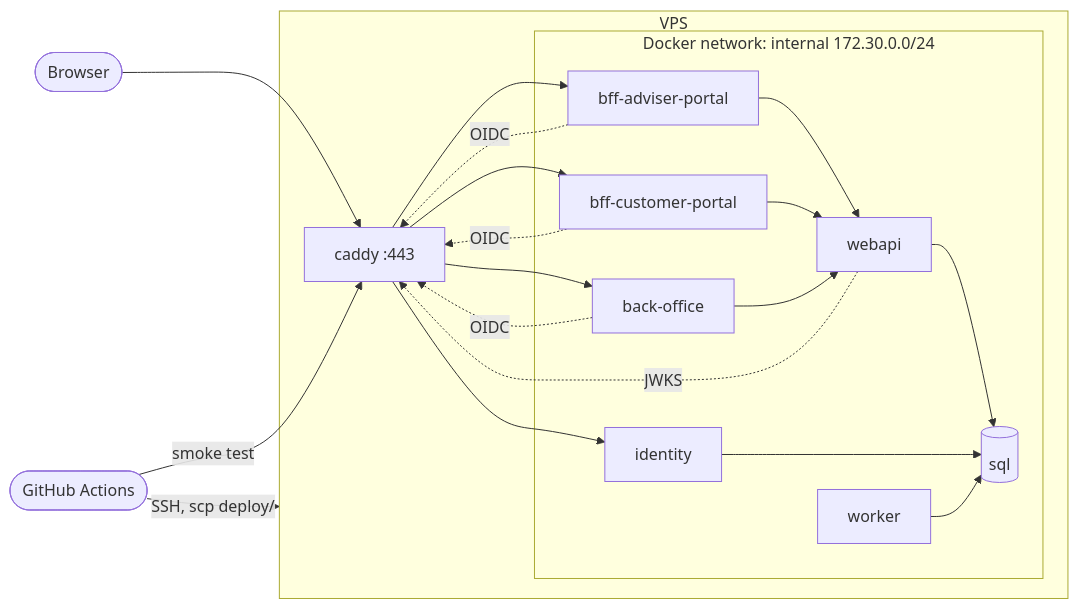
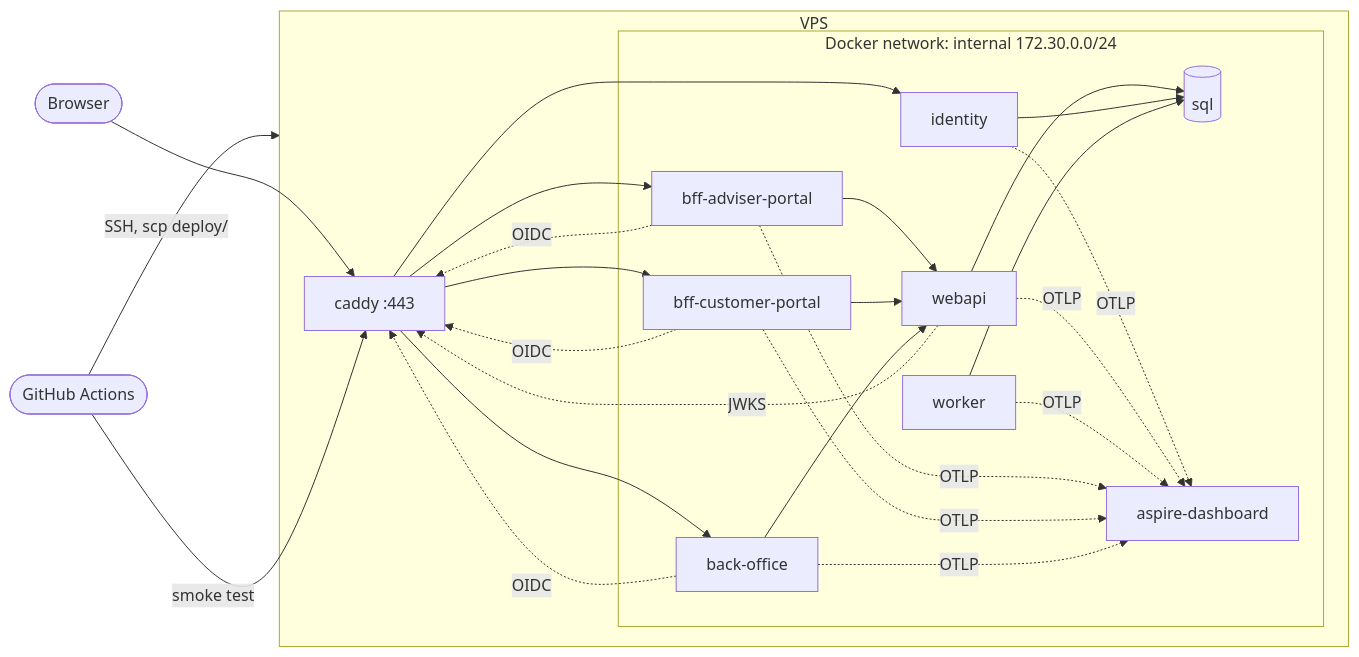
Before and after one commit to louis297/MyWealthV2: the diagram in docs/deployment.md, drawn with Mermaid. The commit also changed other lines of this file and 1 other file, not shown here.

Commit message:
Add the telemetry dashboard to the deployment design

````diff
--- a/docs/deployment.md
+++ b/docs/deployment.md
@@ -85,25 +89,27 @@
 ```mermaid
 flowchart LR
     browser([Browser])
     gha([GitHub Actions])
     subgraph vps[VPS]
         caddy[caddy :443]
         subgraph internal[Docker network: internal 172.30.0.0/24]
             identity
             bffa[bff-adviser-portal]
             bffc[bff-customer-portal]
             bo[back-office]
             webapi
             worker
             sql[(sql)]
+            dash[aspire-dashboard]
         end
     end
     browser --> caddy
     gha -- SSH, scp deploy/ --> vps
     gha -- smoke test --> caddy
     caddy --> identity & bffa & bffc & bo
     bffa & bffc & bo --> webapi
     bffa & bffc & bo -. OIDC .-> caddy
     webapi -. JWKS .-> caddy
     webapi & identity & worker --> sql
+    identity & webapi & worker & bffa & bffc & bo -. OTLP .-> dash
 ```
````
